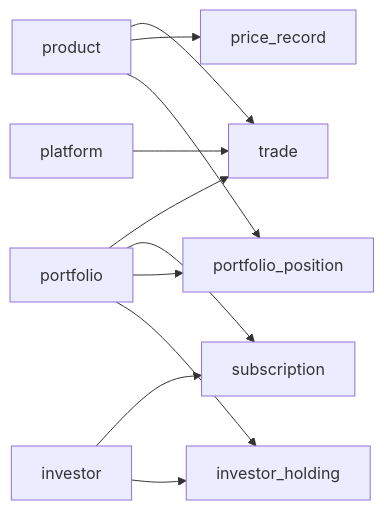
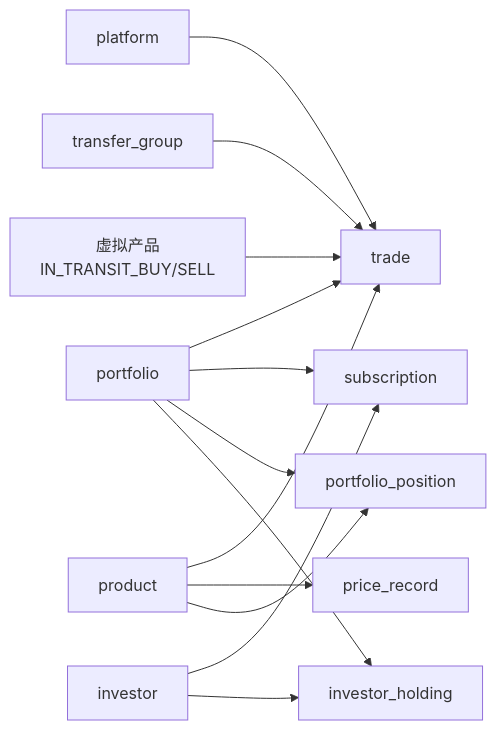
One commit to gujialind/InvestRing changed the sixth of 6 diagrams in .qoder/repowiki/zh/content/数据库设计/核心业务表结构/交易与订单管理表.md. Above: the diagram before and after it, drawn with Mermaid. The commit also changed other lines of this file and 64 other files, not shown here.

````diff
--- a/.qoder/repowiki/zh/content/数据库设计/核心业务表结构/交易与订单管理表.md
+++ b/.qoder/repowiki/zh/content/数据库设计/核心业务表结构/交易与订单管理表.md
@@ -427,13 +498,15 @@
 ```mermaid
 graph LR
 Portfolio["portfolio"] --> Trade["trade"]
 Platform["platform"] --> Trade
 Product["product"] --> Trade
 Product --> Price["price_record"]
 Portfolio --> Subscription["subscription"]
 Investor["investor"] --> Subscription
 Portfolio --> PortfolioPosition["portfolio_position"]
 Product --> PortfolioPosition
 Portfolio --> InvestorHolding["investor_holding"]
 Investor --> InvestorHolding
+TransferGroup["transfer_group"] --> Trade
+VirtualProducts["虚拟产品<br/>IN_TRANSIT_BUY/SELL"] --> Trade
 ```
````
